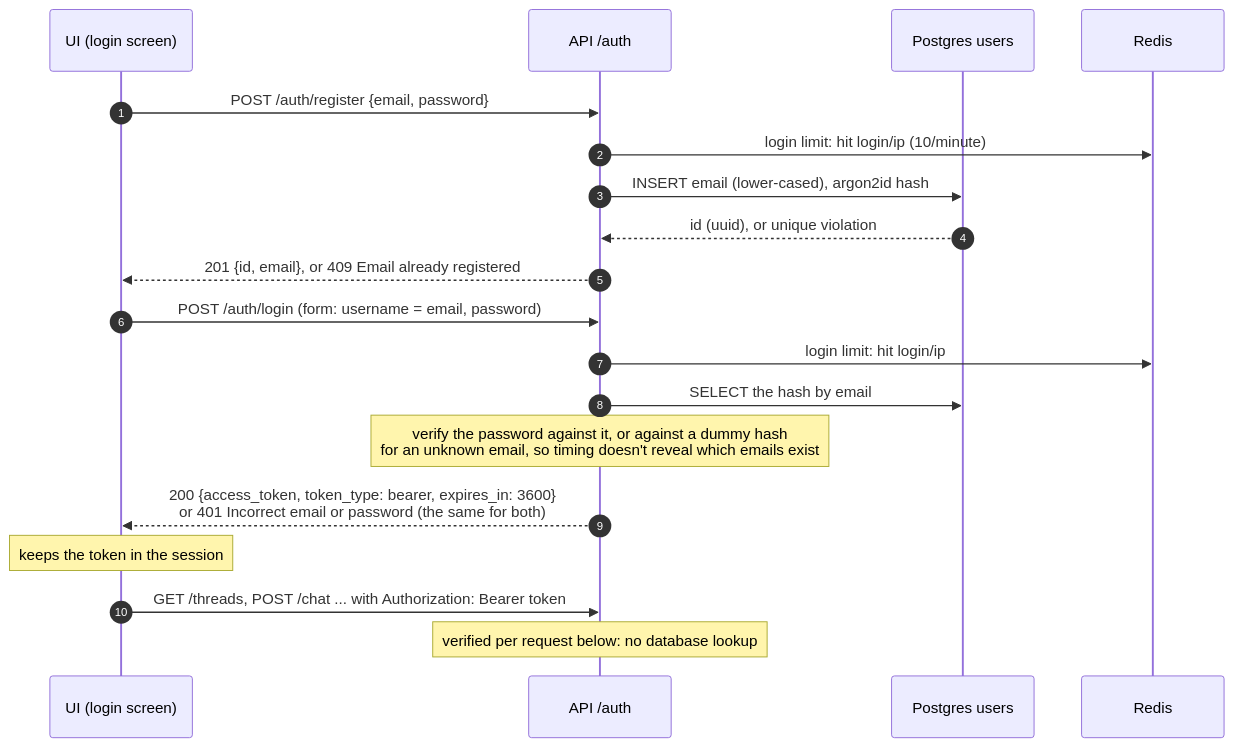
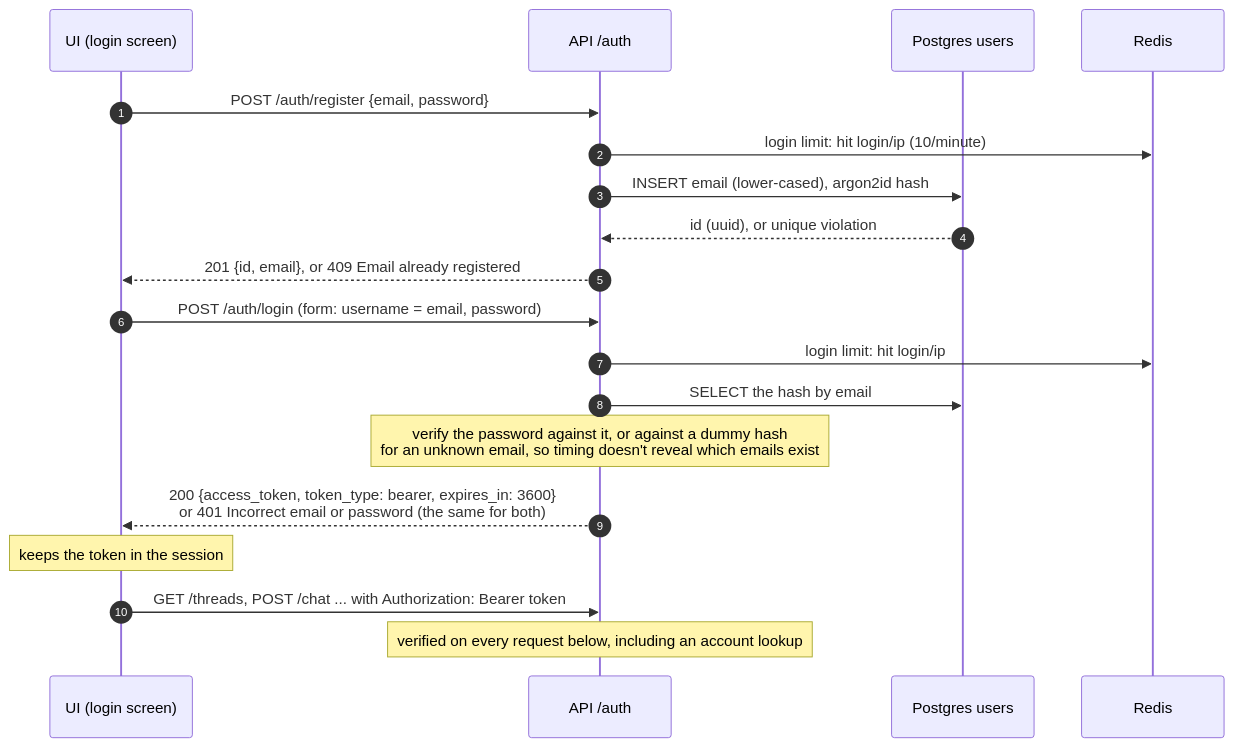
The second of 7 diagrams in docs/phase-8-security-observability.md (Anirudh1905/agentic-ai-chatbot), drawn with Mermaid before and after one commit. The commit also changed other lines of this file and 47 other files, not shown here.

````diff
--- a/docs/phase-8-security-observability.md
+++ b/docs/phase-8-security-observability.md
@@ -36,22 +36,22 @@
 ```mermaid
 sequenceDiagram
     autonumber
     participant U as UI (login screen)
     participant A as API /auth
     participant DB as Postgres users
     participant R as Redis
 
     U->>A: POST /auth/register {email, password}
     A->>R: login limit: hit login/ip (10/minute)
     A->>DB: INSERT email (lower-cased), argon2id hash
     DB-->>A: id (uuid), or unique violation
     A-->>U: 201 {id, email}, or 409 Email already registered
     U->>A: POST /auth/login (form: username = email, password)
     A->>R: login limit: hit login/ip
     A->>DB: SELECT the hash by email
     Note over A: verify the password against it, or against a dummy hash<br/>for an unknown email, so timing doesn't reveal which emails exist
     A-->>U: 200 {access_token, token_type: bearer, expires_in: 3600}<br/>or 401 Incorrect email or password (the same for both)
     Note over U: keeps the token in the session
     U->>A: GET /threads, POST /chat ... with Authorization: Bearer token
-    Note over A: verified per request below: no database lookup
+    Note over A: verified on every request below, including an account lookup
 ```
````
